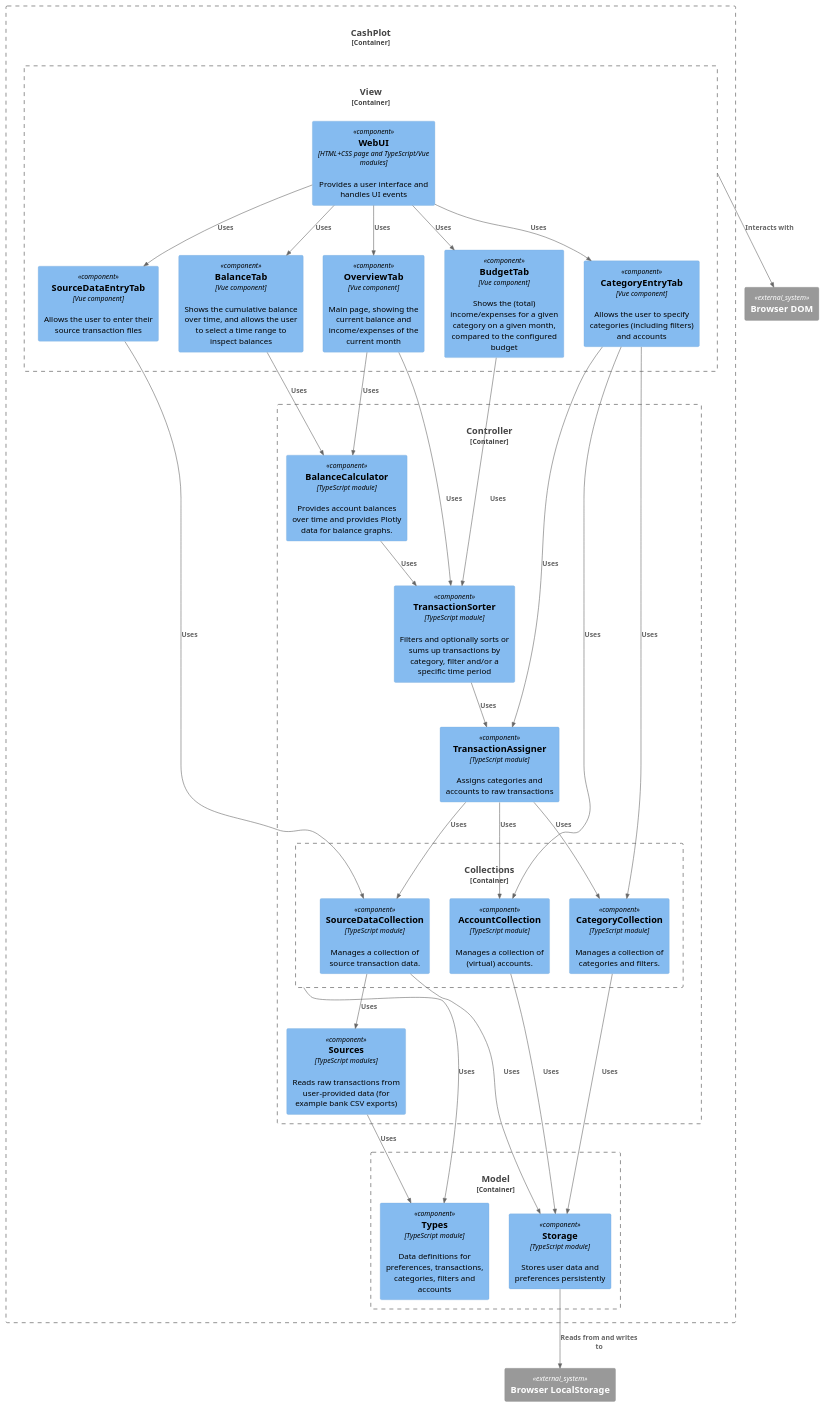
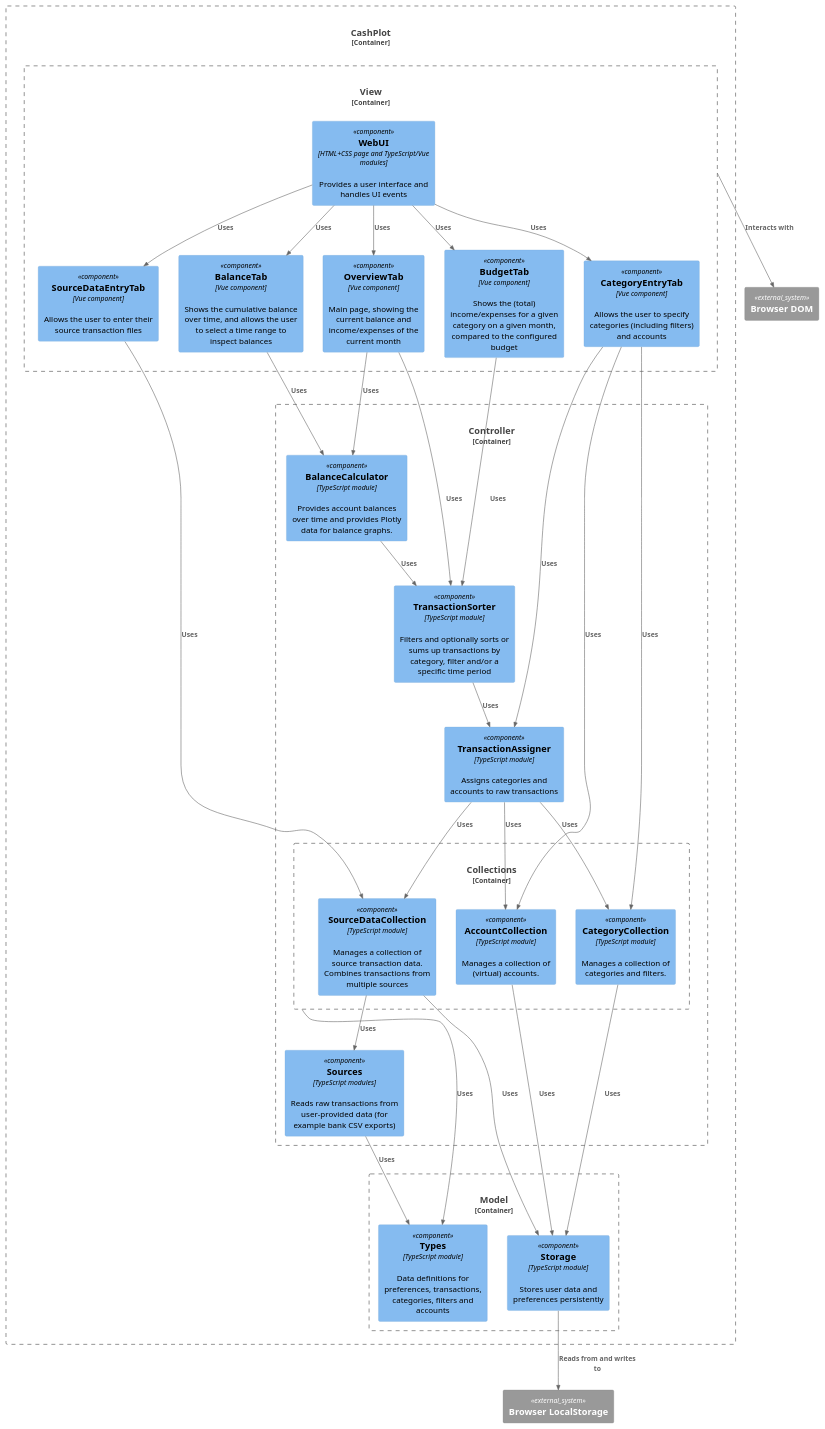
The diagram in design/ComponentDiagram.plantuml (cuiter/cashplot), drawn with PlantUML before and after one commit. The commit also changed 7 other files, not shown here.

Commit message:
Move combining transactions into SourceDataCollection and optimize algorithm

```diff
--- a/design/ComponentDiagram.plantuml
+++ b/design/ComponentDiagram.plantuml
@@ -1,70 +1,70 @@
 @startuml
 
 !include https://raw.githubusercontent.com/plantuml-stdlib/C4-PlantUML/v2.3.0/C4_Context.puml
 !include https://raw.githubusercontent.com/plantuml-stdlib/C4-PlantUML/v2.3.0/C4_Container.puml
 !include https://raw.githubusercontent.com/plantuml-stdlib/C4-PlantUML/v2.3.0/C4_Component.puml
 
 
 Container_Boundary(cashplot_container, "CashPlot") {
     Container_Boundary(view_container, "View") {
         Component(ui_component, "WebUI", "HTML+CSS page and TypeScript/Vue modules", "Provides a user interface and handles UI events")
         Component(overview_tab_component, "OverviewTab", "Vue component", "Main page, showing the current balance and income/expenses of the current month")
         Component(source_data_entry_tab_component, "SourceDataEntryTab", "Vue component", "Allows the user to enter their source transaction files")
         Component(category_entry_tab_component, "CategoryEntryTab", "Vue component", "Allows the user to specify categories (including filters) and accounts")
         Component(budget_tab_component, "BudgetTab", "Vue component", "Shows the (total) income/expenses for a given category on a given month, compared to the configured budget")
         Component(balance_tab_component, "BalanceTab", "Vue component", "Shows the cumulative balance over time, and allows the user to select a time range to inspect balances")
     }
     Container_Boundary(controller_container, "Controller") {
         Container_Boundary(collections_container, "Collections") {
-            Component(source_data_collection_component, "SourceDataCollection", "TypeScript module", "Manages a collection of source transaction data.")
+            Component(source_data_collection_component, "SourceDataCollection", "TypeScript module", "Manages a collection of source transaction data. Combines transactions from multiple sources")
             Component(category_collection_component, "CategoryCollection", "TypeScript module", "Manages a collection of categories and filters.")
             Component(account_collection_component, "AccountCollection", "TypeScript module", "Manages a collection of (virtual) accounts.")
         }
         Component(balance_calculator_component, "BalanceCalculator", "TypeScript module", "Provides account balances over time and provides Plotly data for balance graphs.")
         Component(transaction_sorter_component, "TransactionSorter", "TypeScript module", "Filters and optionally sorts or sums up transactions by category, filter and/or a specific time period")
         Component(transaction_assigner_component, "TransactionAssigner", "TypeScript module", "Assigns categories and accounts to raw transactions")
         Component(sources_component, "Sources", "TypeScript modules", "Reads raw transactions from user-provided data (for example bank CSV exports)")
     }
     Container_Boundary(model_container, "Model") {
         Component(storage_component, "Storage", "TypeScript module", "Stores user data and preferences persistently")
         Component(types_component, "Types", "TypeScript module", "Data definitions for preferences, transactions, categories, filters and accounts")
     }
 
     Rel(ui_component, overview_tab_component, "Uses")
     Rel(ui_component, source_data_entry_tab_component, "Uses")
     Rel(ui_component, category_entry_tab_component, "Uses")
     Rel(ui_component, budget_tab_component, "Uses")
     Rel(ui_component, balance_tab_component, "Uses")
 
 
     Rel(source_data_entry_tab_component, source_data_collection_component, "Uses")
     Rel(category_entry_tab_component, category_collection_component, "Uses")
     Rel(category_entry_tab_component, account_collection_component, "Uses")
     Rel(category_entry_tab_component, transaction_assigner_component, "Uses")
     Rel(balance_tab_component, balance_calculator_component, "Uses")
     Rel(budget_tab_component, transaction_sorter_component, "Uses")
     Rel(overview_tab_component, balance_calculator_component, "Uses")
     Rel(overview_tab_component, transaction_sorter_component, "Uses")
 
     Rel(source_data_collection_component, storage_component, "Uses")
     Rel(source_data_collection_component, sources_component, "Uses")
     Rel(category_collection_component, storage_component, "Uses")
     Rel(account_collection_component, storage_component, "Uses")
     Rel(transaction_sorter_component, transaction_assigner_component, "Uses")
     Rel(transaction_assigner_component, source_data_collection_component, "Uses")
     Rel(transaction_assigner_component, category_collection_component, "Uses")
     Rel(transaction_assigner_component, account_collection_component, "Uses")
     Rel(balance_calculator_component, transaction_sorter_component, "Uses")
 
     Rel(collections_container, types_component, "Uses")
     Rel(sources_component, types_component, "Uses")
 }
 
 System_Ext(browser_dom, "Browser DOM")
 System_Ext(browser_localstorage, "Browser LocalStorage")
 
 Rel(view_container, browser_dom, "Interacts with")
 Rel(storage_component, browser_localstorage, "Reads from and writes to")
 
 
 @enduml
```
